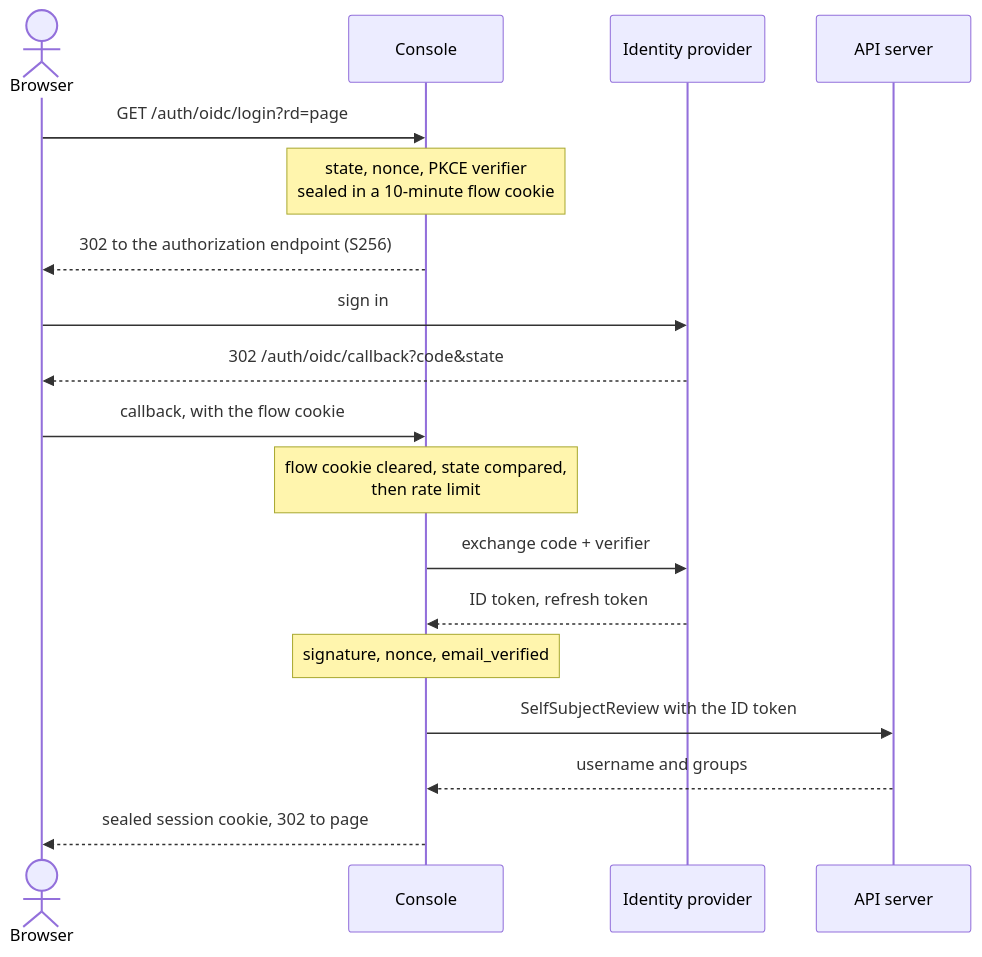
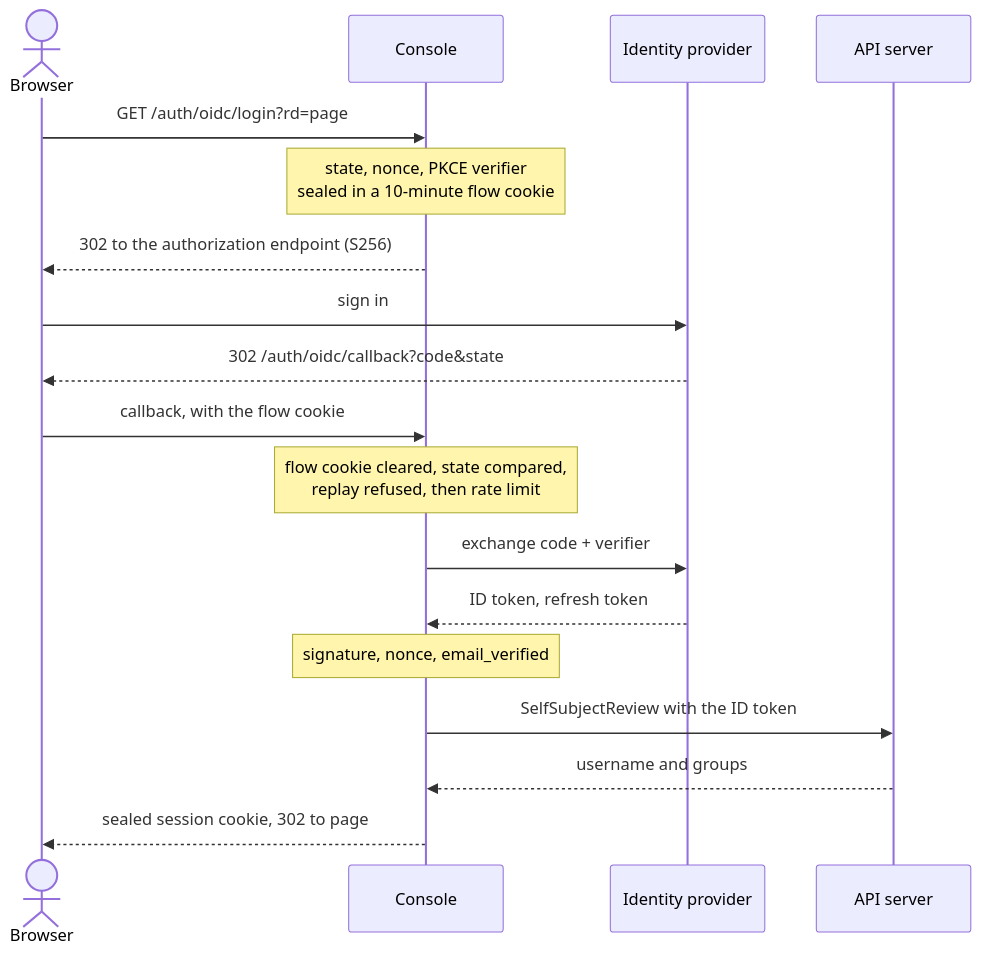
The first of 2 diagrams in docs/site/docs/console/authentication.md (fyannk/pgToolBox), drawn with Mermaid before and after one commit. The commit also changed other lines of this file and 112 other files, not shown here.

````diff
--- a/docs/site/docs/console/authentication.md
+++ b/docs/site/docs/console/authentication.md
@@ -53,20 +53,20 @@
 ```mermaid
 sequenceDiagram
     actor B as Browser
     participant C as Console
     participant I as Identity provider
     participant K as API server
     B->>C: GET /auth/oidc/login?rd=page
     Note over C: state, nonce, PKCE verifier<br/>sealed in a 10-minute flow cookie
     C-->>B: 302 to the authorization endpoint (S256)
     B->>I: sign in
     I-->>B: 302 /auth/oidc/callback?code&state
     B->>C: callback, with the flow cookie
-    Note over C: flow cookie cleared, state compared,<br/>then rate limit
+    Note over C: flow cookie cleared, state compared,<br/>replay refused, then rate limit
     C->>I: exchange code + verifier
     I-->>C: ID token, refresh token
     Note over C: signature, nonce, email_verified
     C->>K: SelfSubjectReview with the ID token
     K-->>C: username and groups
     C-->>B: sealed session cookie, 302 to page
 ```
````
